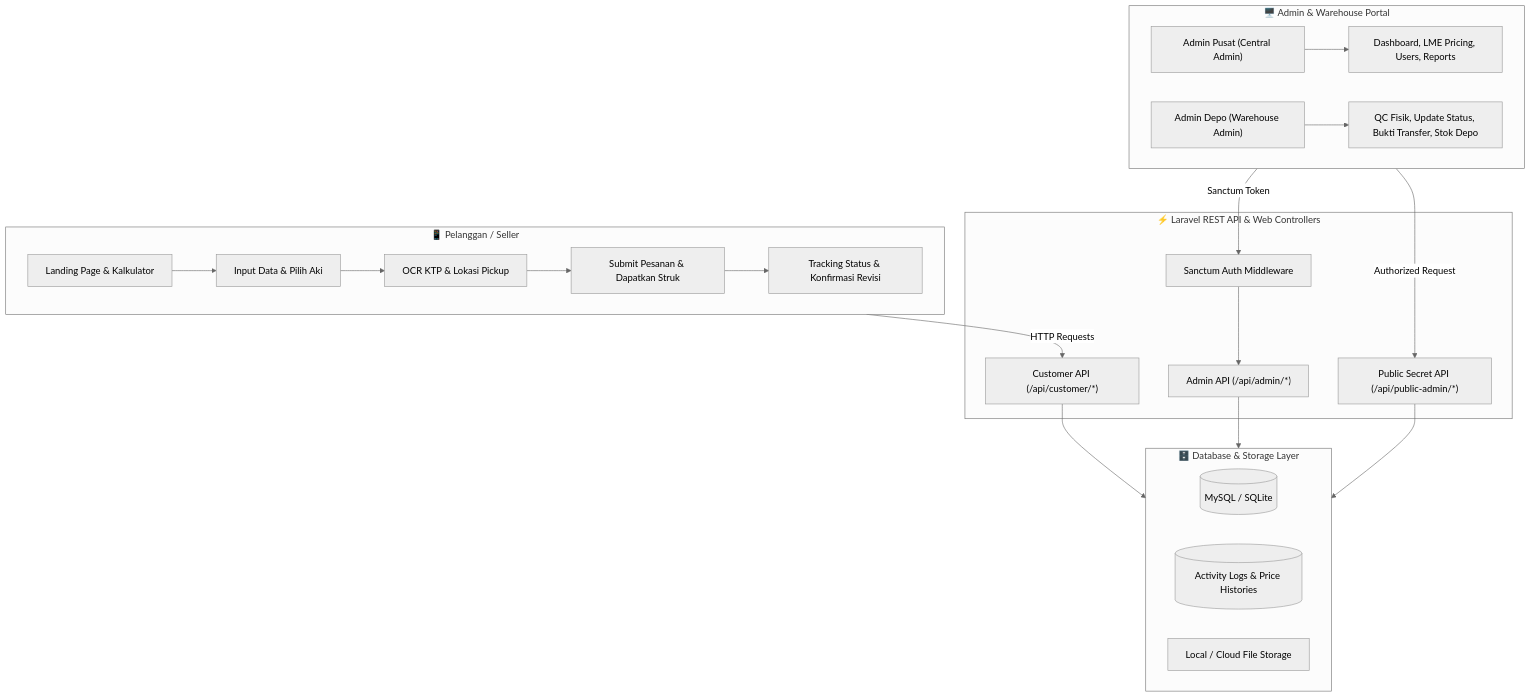
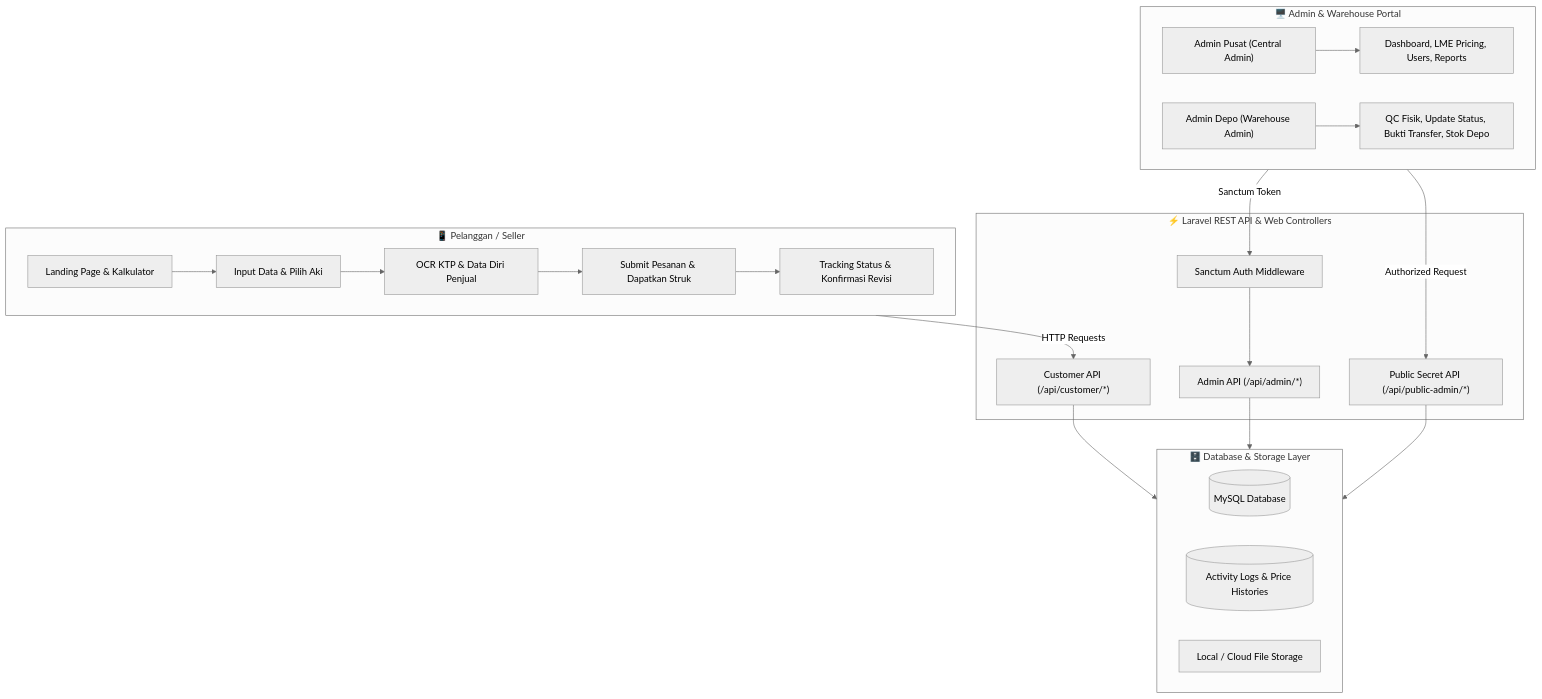
One commit to AiraCode/PickUpSystem changed the diagram in README.md. Above: the diagram before and after it, drawn with Mermaid (neutral theme). The commit also changed other lines of this file, not shown here.

Commit message:
Update README.md to clarify user flow and database details; improve system requirements section for better accuracy.

````diff
--- a/README.md
+++ b/README.md
@@ -103,36 +103,36 @@
 ```mermaid
 flowchart TD
     subgraph Pelanggan ["📱 Pelanggan / Seller"]
         A[Landing Page & Kalkulator] --> B[Input Data & Pilih Aki]
-        B --> C[OCR KTP & Lokasi Pickup]
+        B --> C[OCR KTP & Data Diri Penjual]
         C --> D[Submit Pesanan & Dapatkan Struk]
         D --> E[Tracking Status & Konfirmasi Revisi]
     end
 
     subgraph API_Layer ["⚡ Laravel REST API & Web Controllers"]
         F["Customer API (/api/customer/*)"]
         G["Admin API (/api/admin/*)"]
         H["Public Secret API (/api/public-admin/*)"]
         I["Sanctum Auth Middleware"]
     end
 
     subgraph Admin_Portal ["🖥️ Admin & Warehouse Portal"]
         J["Admin Pusat (Central Admin)"]
         K["Admin Depo (Warehouse Admin)"]
         J --> L[Dashboard, LME Pricing, Users, Reports]
         K --> M[QC Fisik, Update Status, Bukti Transfer, Stok Depo]
     end
 
     subgraph Database ["🗄️ Database & Storage Layer"]
-        N[(MySQL / SQLite)]
+        N[(MySQL Database)]
         O[(Activity Logs & Price Histories)]
         P[Local / Cloud File Storage]
     end
 
     Pelanggan -->|HTTP Requests| F
     Admin_Portal -->|Sanctum Token| I --> G
     Admin_Portal -->|Authorized Request| H
     F --> Database
     G --> Database
     H --> Database
 ```
````
